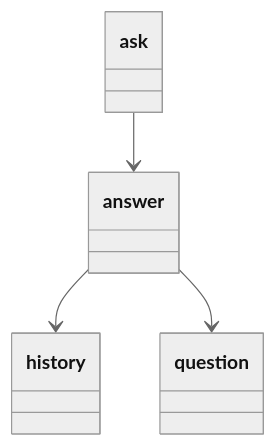
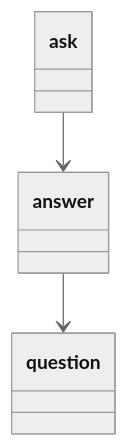
Before and after one commit to TheGreatShan/GPT-Cli: the second of 2 diagrams in readme.md, drawn with Mermaid (neutral theme). The commit also changed other lines of this file, not shown here.

Commit message:
Answer package has been modified

````diff
--- a/readme.md
+++ b/readme.md
@@ -48,11 +48,9 @@
 ```mermaid
 classDiagram
     class answer
     class question
     class ask
-    class history
 
     ask --> answer
-    answer --> history
     answer --> question
 ```
````
